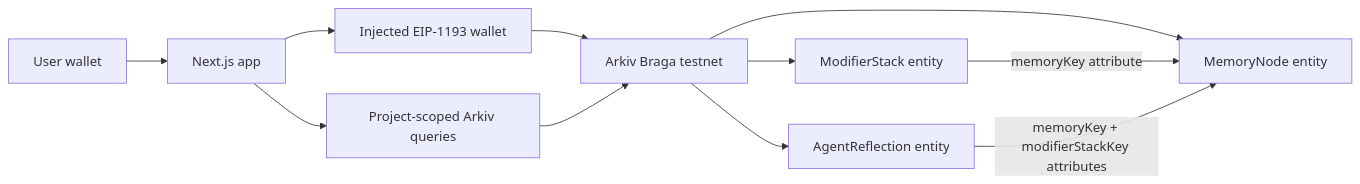
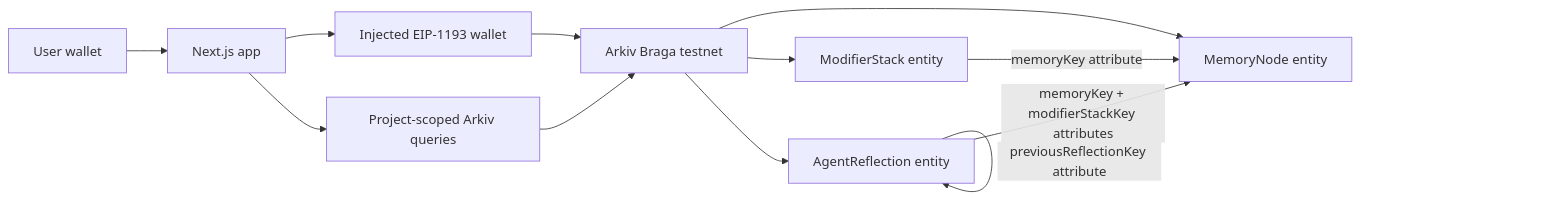
Before and after one commit to beaconsmith/arkiv-modifier-vault: the diagram in README.md, drawn with Mermaid. The commit also changed other lines of this file and 19 other files, not shown here.

````diff
--- a/README.md
+++ b/README.md
@@ -31,13 +34,14 @@
 ```mermaid
 flowchart LR
   User["User wallet"] --> UI["Next.js app"]
   UI --> Wallet["Injected EIP-1193 wallet"]
   Wallet --> Braga["Arkiv Braga testnet"]
   Braga --> Memory["MemoryNode entity"]
   Braga --> Stack["ModifierStack entity"]
   Braga --> Reflection["AgentReflection entity"]
   Stack -- "memoryKey attribute" --> Memory
   Reflection -- "memoryKey + modifierStackKey attributes" --> Memory
+  Reflection -- "previousReflectionKey attribute" --> Reflection
   UI --> Query["Project-scoped Arkiv queries"]
   Query --> Braga
 ```
````
